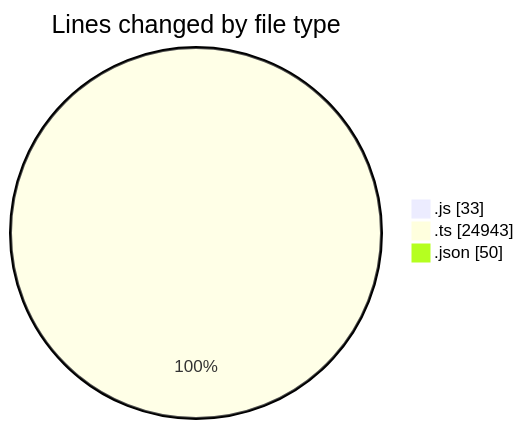
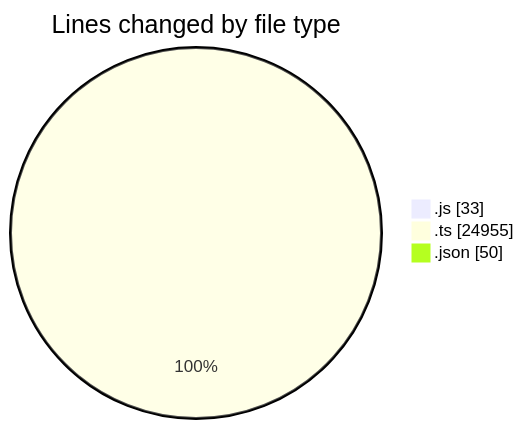
The first of 2 diagrams in 2025-09-08/cda/README.md (momahboobian/code-tracking), drawn with Mermaid before and after one commit. The commit also changed other lines of this file and 1 other file, not shown here.

````diff
--- a/2025-09-08/cda/README.md
+++ b/2025-09-08/cda/README.md
@@ -27,7 +27,7 @@
 ```mermaid
 pie showData
 title Lines changed by file type
 ".js" : 33
-".ts" : 24943
+".ts" : 24955
 ".json" : 50
 ```
````
